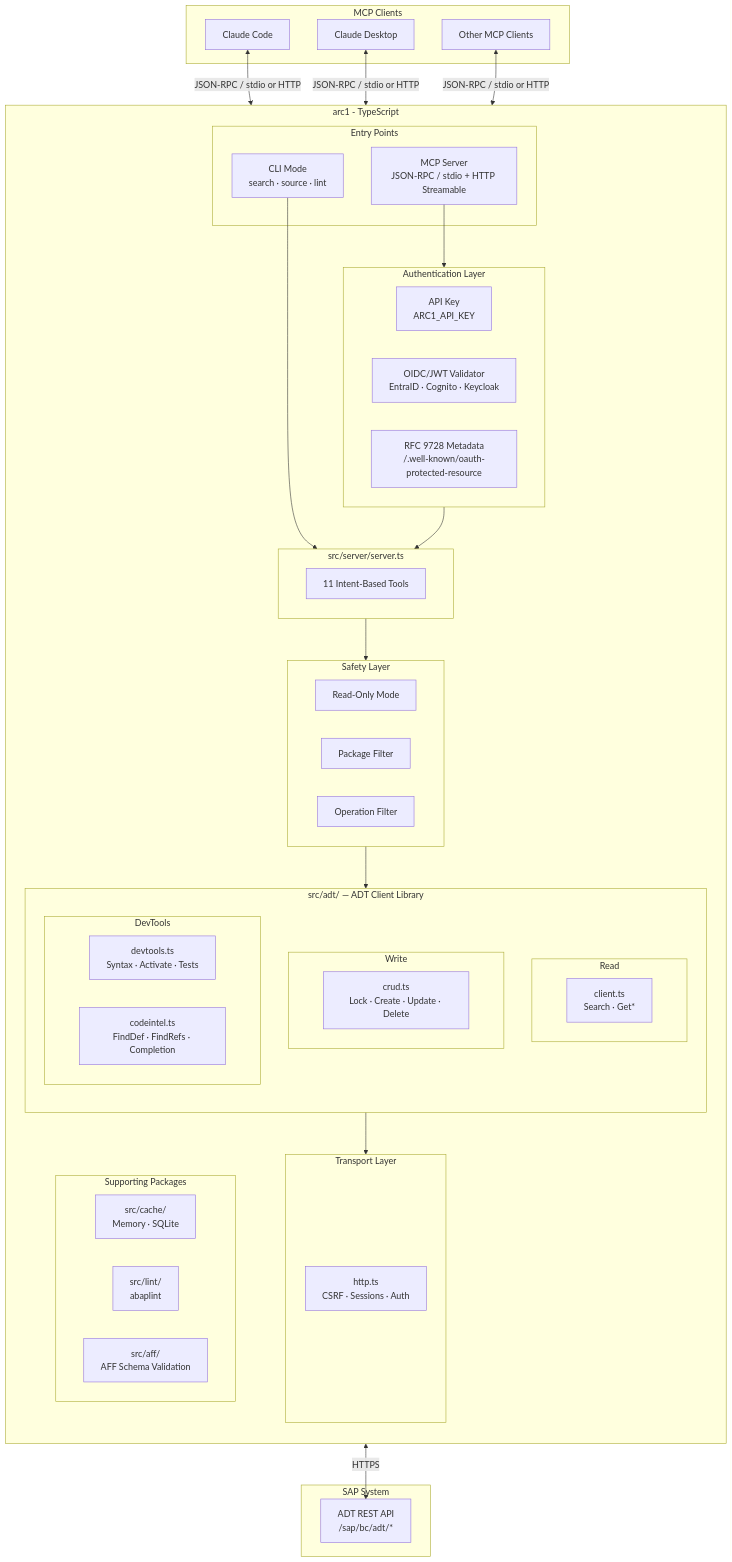
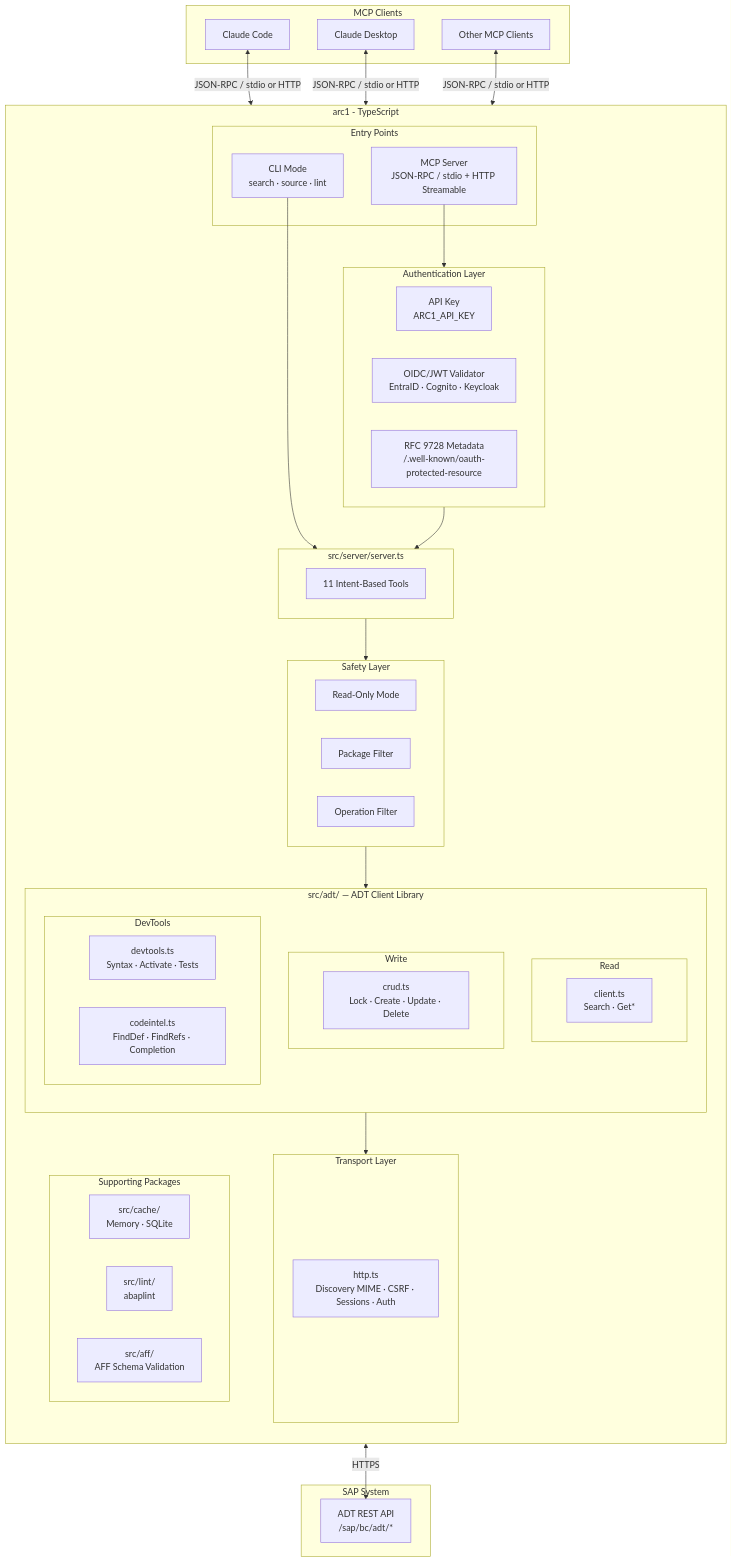
One commit to marianfoo/arc-1 changed the first of 7 diagrams in docs/architecture.md. Above: the diagram before and after it, drawn with Mermaid. The commit also changed other lines of this file and 17 other files, not shown here.

Commit message:
feat: add proactive ADT discovery MIME negotiation

````diff
--- a/docs/architecture.md
+++ b/docs/architecture.md
@@ -5,71 +5,71 @@
 ```mermaid
 flowchart TB
     subgraph Clients["MCP Clients"]
         CC[Claude Code]
         CD[Claude Desktop]
         Other[Other MCP Clients]
     end
 
     subgraph ARC1["arc1 - TypeScript"]
         direction TB
 
         subgraph Entry["Entry Points"]
             MCP[MCP Server<br/>JSON-RPC / stdio + HTTP Streamable]
             CLI[CLI Mode<br/>search · source · lint]
         end
 
         subgraph Auth["Authentication Layer"]
             APIKEY[API Key<br/>ARC1_API_KEY]
             OIDC[OIDC/JWT Validator<br/>EntraID · Cognito · Keycloak]
             PRM[RFC 9728 Metadata<br/>/.well-known/oauth-protected-resource]
         end
 
         subgraph Core["src/server/server.ts"]
             direction LR
             Tools[11 Intent-Based Tools]
         end
 
         subgraph Safety["Safety Layer"]
             RO[Read-Only Mode]
             PF[Package Filter]
             OF[Operation Filter]
         end
 
         subgraph ADTLib["src/adt/ — ADT Client Library"]
             direction TB
             subgraph Read["Read"]
                 client[client.ts<br/>Search · Get*]
             end
             subgraph Write["Write"]
                 crud[crud.ts<br/>Lock · Create · Update · Delete]
             end
             subgraph DevTools["DevTools"]
                 devtools[devtools.ts<br/>Syntax · Activate · Tests]
                 codeintel[codeintel.ts<br/>FindDef · FindRefs · Completion]
             end
         end
 
         subgraph TransportLayer["Transport Layer"]
-            HTTP[http.ts<br/>CSRF · Sessions · Auth]
+            HTTP[http.ts<br/>Discovery MIME · CSRF · Sessions · Auth]
         end
 
         subgraph Packages["Supporting Packages"]
             Cache[src/cache/<br/>Memory · SQLite]
             Lint[src/lint/<br/>abaplint]
             AFF[src/aff/<br/>AFF Schema Validation]
         end
     end
 
     subgraph SAP["SAP System"]
         ADT[ADT REST API<br/>/sap/bc/adt/*]
     end
 
     CC & CD & Other <-->|"JSON-RPC / stdio or HTTP"| MCP
     CLI --> Core
     MCP --> Auth
     Auth --> Core
     Core --> Safety
     Safety --> ADTLib
     ADTLib --> TransportLayer
     HTTP <-->|HTTPS| ADT
 ```
````
